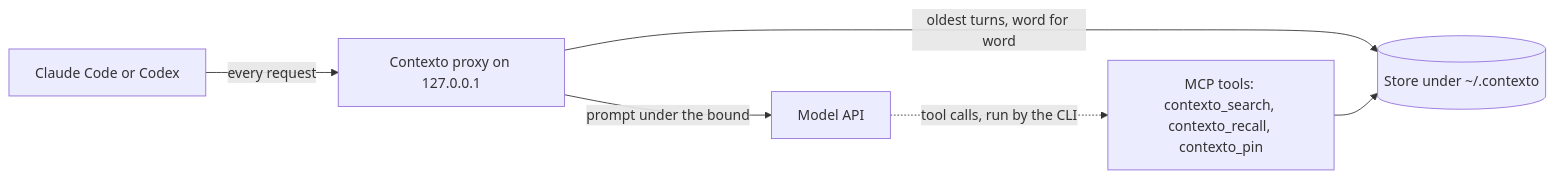
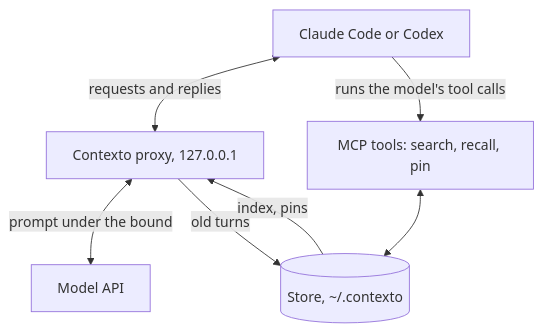
The diagram in README.md (VentureForgre/contexto), drawn with Mermaid before and after one commit. The commit also changed other lines of this file and 4 other files, not shown here.

````diff
--- a/README.md
+++ b/README.md
@@ -74,8 +86,9 @@
 ```mermaid
-flowchart LR
-    CLI["Claude Code or Codex"] -->|every request| P["Contexto proxy on 127.0.0.1"]
-    P -->|prompt under the bound| API["Model API"]
-    P -->|oldest turns, word for word| S[("Store under ~/.contexto")]
-    API -.->|tool calls, run by the CLI| T["MCP tools: contexto_search, contexto_recall, contexto_pin"]
-    T --> S
+flowchart TB
+    CLI["Claude Code or Codex"] <-->|requests and replies| P["Contexto proxy, 127.0.0.1"]
+    P <-->|prompt under the bound| API["Model API"]
+    P -->|old turns| S[("Store, ~/.contexto")]
+    S -->|index, pins| P
+    CLI -->|runs the model's tool calls| T["MCP tools: search, recall, pin"]
+    T <--> S
 ```
````
